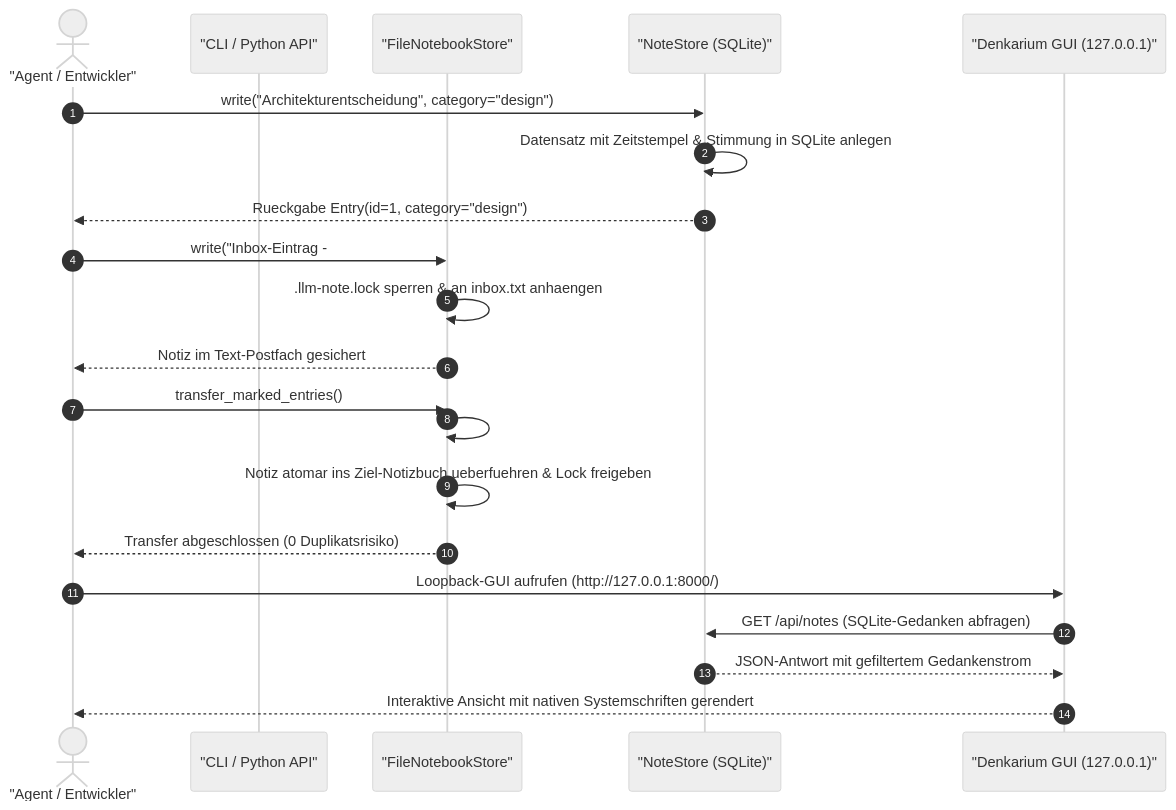
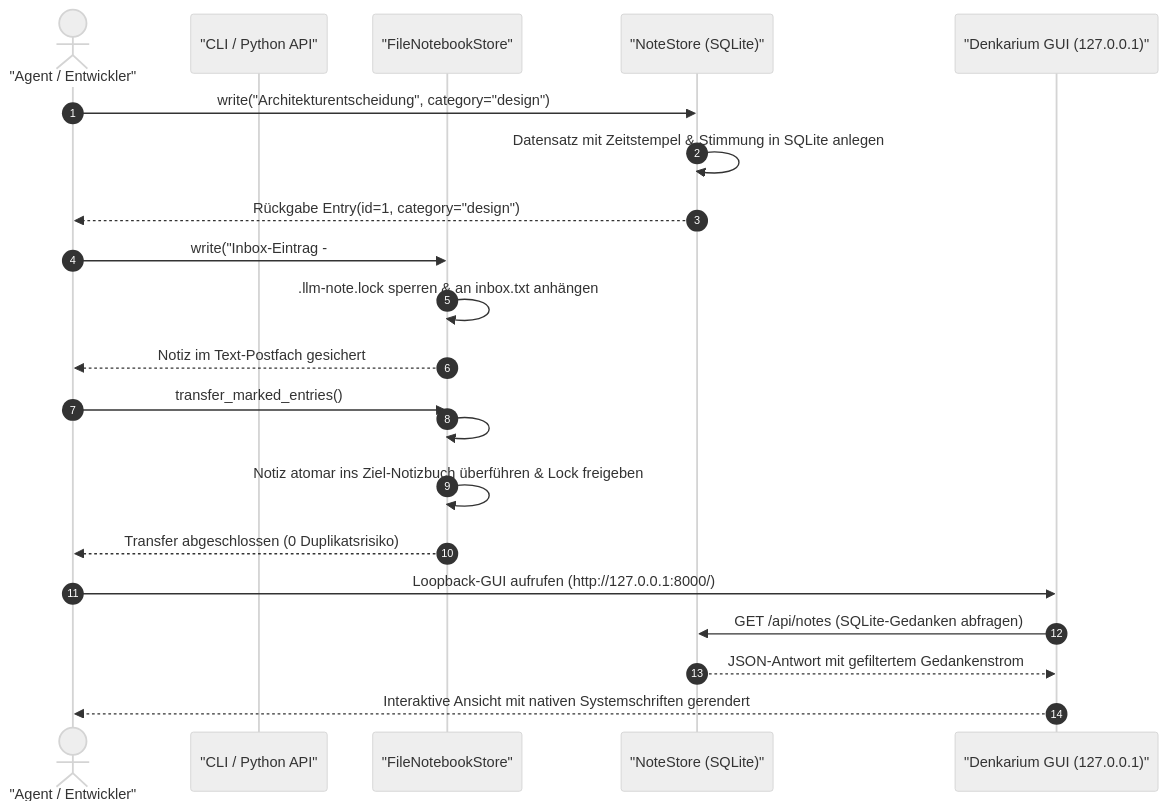
Before and after one commit to doc-bricks/llm-note: the second of 2 diagrams in README_de.md, drawn with Mermaid (neutral theme). The commit also changed other lines of this file and 14 other files, not shown here.

````diff
--- a/README_de.md
+++ b/README_de.md
@@ -144,27 +139,27 @@
 ```mermaid
 sequenceDiagram
     autonumber
     actor UserOrAgent as "Agent / Entwickler"
     participant CLI as "CLI / Python API"
     participant FileStore as "FileNotebookStore"
     participant NoteStore as "NoteStore (SQLite)"
     participant Denkarium as "Denkarium GUI (127.0.0.1)"
 
     UserOrAgent ->> NoteStore: write("Architekturentscheidung", category="design")
     NoteStore ->> NoteStore: Datensatz mit Zeitstempel & Stimmung in SQLite anlegen
-    NoteStore -->> UserOrAgent: Rueckgabe Entry(id=1, category="design")
+    NoteStore -->> UserOrAgent: Rückgabe Entry(id=1, category="design")
 
     UserOrAgent ->> FileStore: write("Inbox-Eintrag - #NB: Projekt-Ideen")
-    FileStore ->> FileStore: .llm-note.lock sperren & an inbox.txt anhaengen
+    FileStore ->> FileStore: .llm-note.lock sperren & an inbox.txt anhängen
     FileStore -->> UserOrAgent: Notiz im Text-Postfach gesichert
 
     UserOrAgent ->> FileStore: transfer_marked_entries()
     FileStore ->> FileStore: #NB: Ziel extrahieren & stabile #LLM-NOTE-ID vergeben
-    FileStore ->> FileStore: Notiz atomar ins Ziel-Notizbuch ueberfuehren & Lock freigeben
+    FileStore ->> FileStore: Notiz atomar ins Ziel-Notizbuch überführen & Lock freigeben
     FileStore -->> UserOrAgent: Transfer abgeschlossen (0 Duplikatsrisiko)
 
     UserOrAgent ->> Denkarium: Loopback-GUI aufrufen (http://127.0.0.1:8000/)
     Denkarium ->> NoteStore: GET /api/notes (SQLite-Gedanken abfragen)
     NoteStore -->> Denkarium: JSON-Antwort mit gefiltertem Gedankenstrom
     Denkarium -->> UserOrAgent: Interaktive Ansicht mit nativen Systemschriften gerendert
 ```
````
